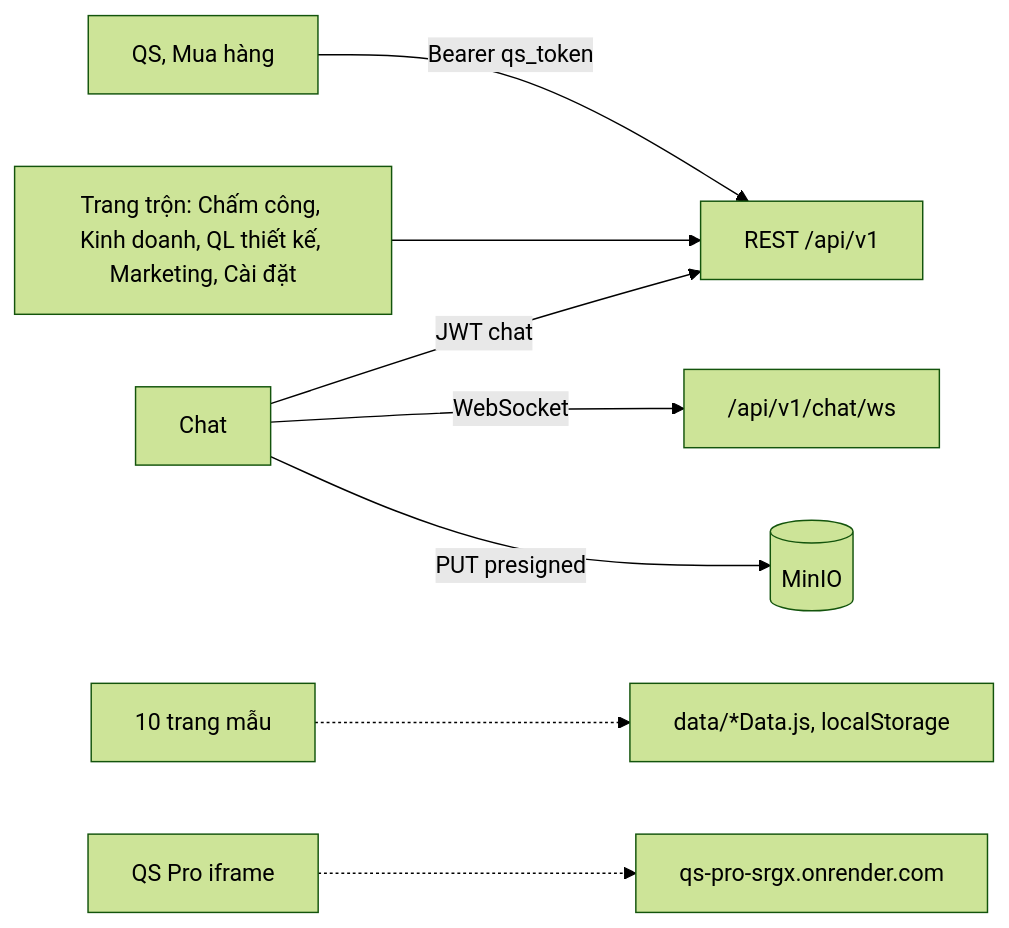
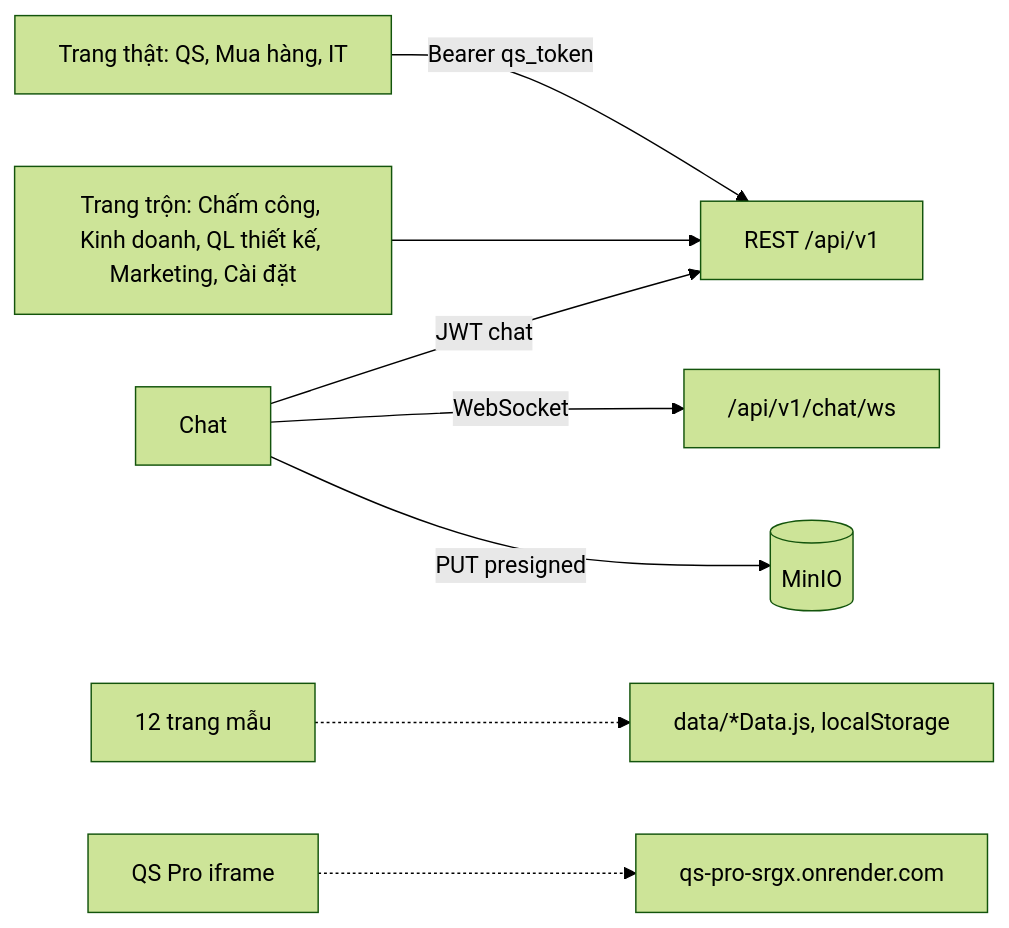
One commit to DE-design-source/dezon-pro changed the fourth of 5 diagrams in docs/02-ky-thuat/kien-truc/kien-truc-he-thong.md. Above: the diagram before and after it, drawn with Mermaid (forest theme). The commit also changed other lines of this file and 34 other files, not shown here.

````diff
--- a/docs/02-ky-thuat/kien-truc/kien-truc-he-thong.md
+++ b/docs/02-ky-thuat/kien-truc/kien-truc-he-thong.md
@@ -134,10 +146,10 @@
 ```mermaid
 flowchart LR
-  L1[QS, Mua hàng] -->|Bearer qs_token| R[REST /api/v1]
+  L1[Trang thật: QS, Mua hàng, IT] -->|Bearer qs_token| R[REST /api/v1]
   L2[Trang trộn: Chấm công, Kinh doanh, QL thiết kế, Marketing, Cài đặt] --> R
   CH[Chat] -->|JWT chat| R
   CH -->|WebSocket| WS["/api/v1/chat/ws"]
   CH -->|PUT presigned| M[(MinIO)]
-  MK[10 trang mẫu] -.-> D[data/*Data.js, localStorage]
+  MK[12 trang mẫu] -.-> D[data/*Data.js, localStorage]
   Q[QS Pro iframe] -.-> O[qs-pro-srgx.onrender.com]
 ```
````
